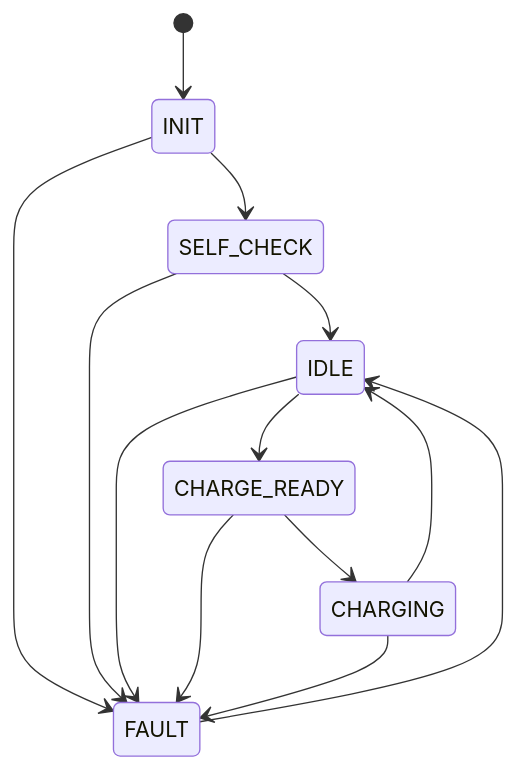
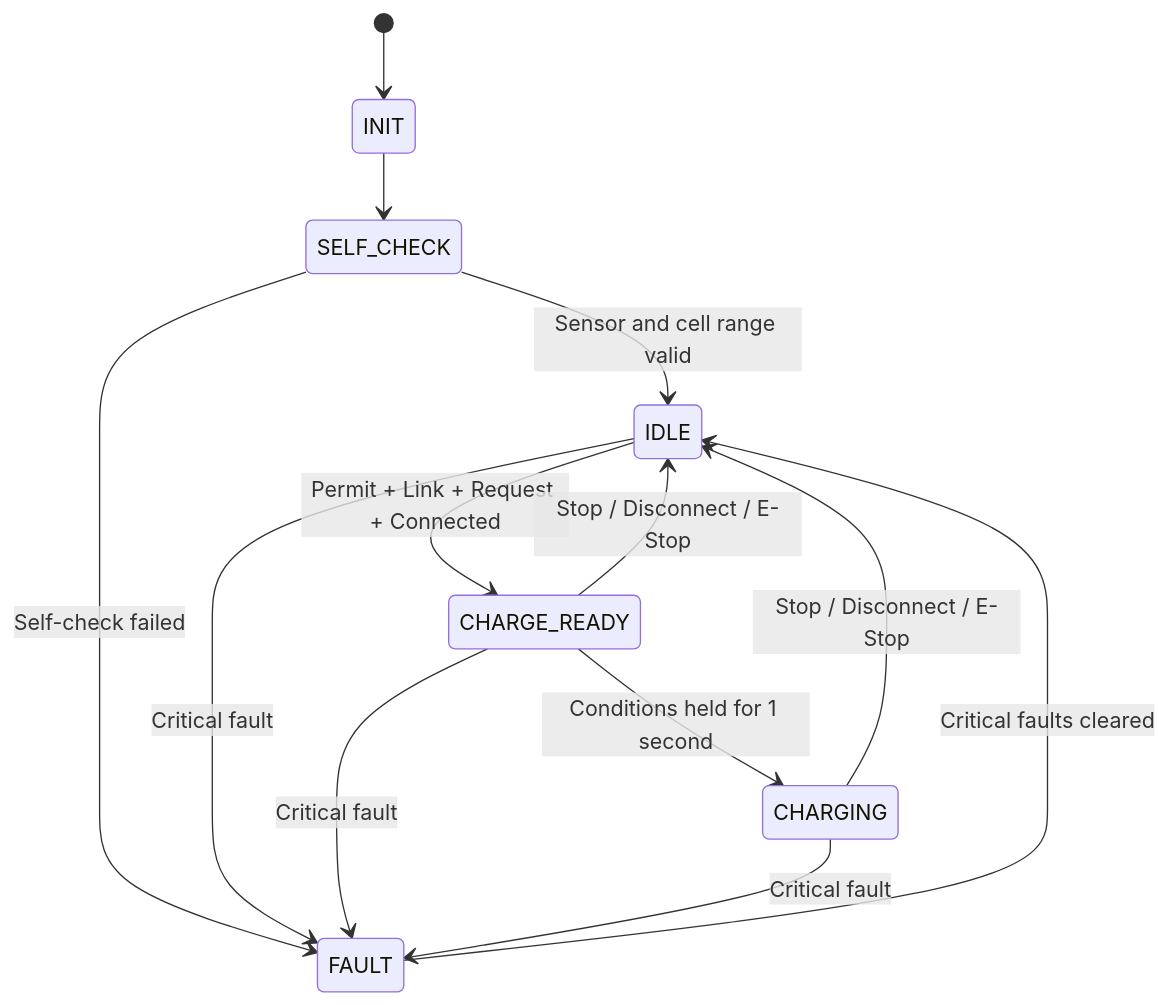
One commit to jiihyeonn/Embedded-Device-Lifecycle-Platform changed the second of 2 diagrams in README.md. Above: the diagram before and after it, drawn with Mermaid. The commit also changed other lines of this file, not shown here.

````diff
--- a/README.md
+++ b/README.md
@@ -326,16 +184,15 @@
 ```mermaid
 stateDiagram-v2
     [*] --> INIT
     INIT --> SELF_CHECK
-    SELF_CHECK --> IDLE
-    IDLE --> CHARGE_READY
-    CHARGE_READY --> CHARGING
-    CHARGING --> IDLE
-
-    INIT --> FAULT
-    SELF_CHECK --> FAULT
-    IDLE --> FAULT
-    CHARGE_READY --> FAULT
-    CHARGING --> FAULT
-    FAULT --> IDLE
+    SELF_CHECK --> IDLE: Sensor and cell range valid
+    SELF_CHECK --> FAULT: Self-check failed
+    IDLE --> CHARGE_READY: Permit + Link + Request + Connected
+    CHARGE_READY --> CHARGING: Conditions held for 1 second
+    CHARGE_READY --> IDLE: Stop / Disconnect / E-Stop
+    CHARGING --> IDLE: Stop / Disconnect / E-Stop
+    IDLE --> FAULT: Critical fault
+    CHARGE_READY --> FAULT: Critical fault
+    CHARGING --> FAULT: Critical fault
+    FAULT --> IDLE: Critical faults cleared
 ```
````
